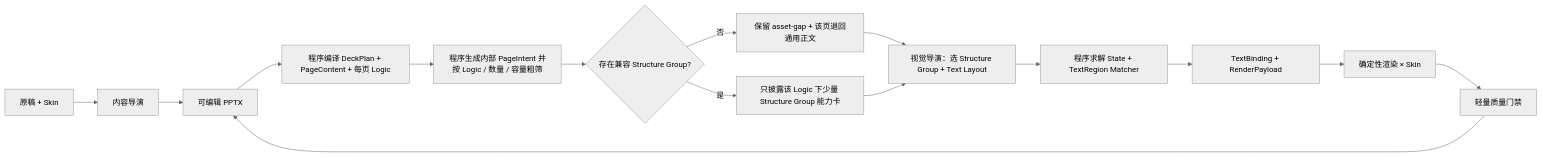
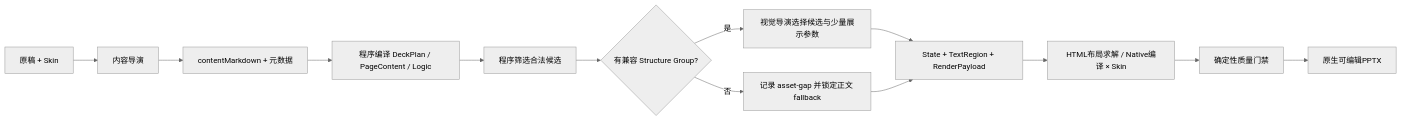
Before and after one commit to NEUwpy/PPagenT: the diagram in docs/工作流/正式生成/工作流.md, drawn with Mermaid (neutral theme). The commit also changed other lines of this file and 27 other files, not shown here.

````diff
--- a/docs/工作流/正式生成/工作流.md
+++ b/docs/工作流/正式生成/工作流.md
@@ -9,17 +9,15 @@
 ```mermaid
 flowchart LR
-    A["原稿 + Skin"] --> C["内容导演"]
-    C --> M["逐页 Markdown 内容稿 + 轻量机器元数据"]
-    M --> D["程序编译 DeckPlan + PageContent + 每页 Logic"]
-    D --> E["程序生成内部 PageIntent 并按 Logic / 数量 / 容量粗筛"]
-    E --> X{"存在兼容 Structure Group?"}
-    X -- "否" --> Y["保留 asset-gap + 该页退回通用正文"]
-    X -- "是" --> F["只披露该 Logic 下少量 Structure Group 能力卡"]
-    Y --> G
-    F --> G["视觉导演：选 Structure Group + Text Layout"]
-    G --> I["程序求解 State + TextRegion Matcher"]
-    I --> J["TextBinding + RenderPayload"]
-    J --> K["确定性渲染 × Skin"]
-    K --> L["轻量质量门禁"]
-    L --> M["可编辑 PPTX"]
+    A["原稿 + Skin"] --> B["内容导演"]
+    B --> C["contentMarkdown + 元数据"]
+    C --> D["程序编译 DeckPlan / PageContent / Logic"]
+    D --> E["程序筛选合法候选"]
+    E --> F{"有兼容 Structure Group?"}
+    F -->|是| G["视觉导演选择候选与少量展示参数"]
+    F -->|否| H["记录 asset-gap 并锁定正文 fallback"]
+    G --> I["State + TextRegion + RenderPayload"]
+    H --> I
+    I --> J["HTML布局求解 / Native编译 × Skin"]
+    J --> K["确定性质量门禁"]
+    K --> L["原生可编辑PPTX"]
 ```
````
